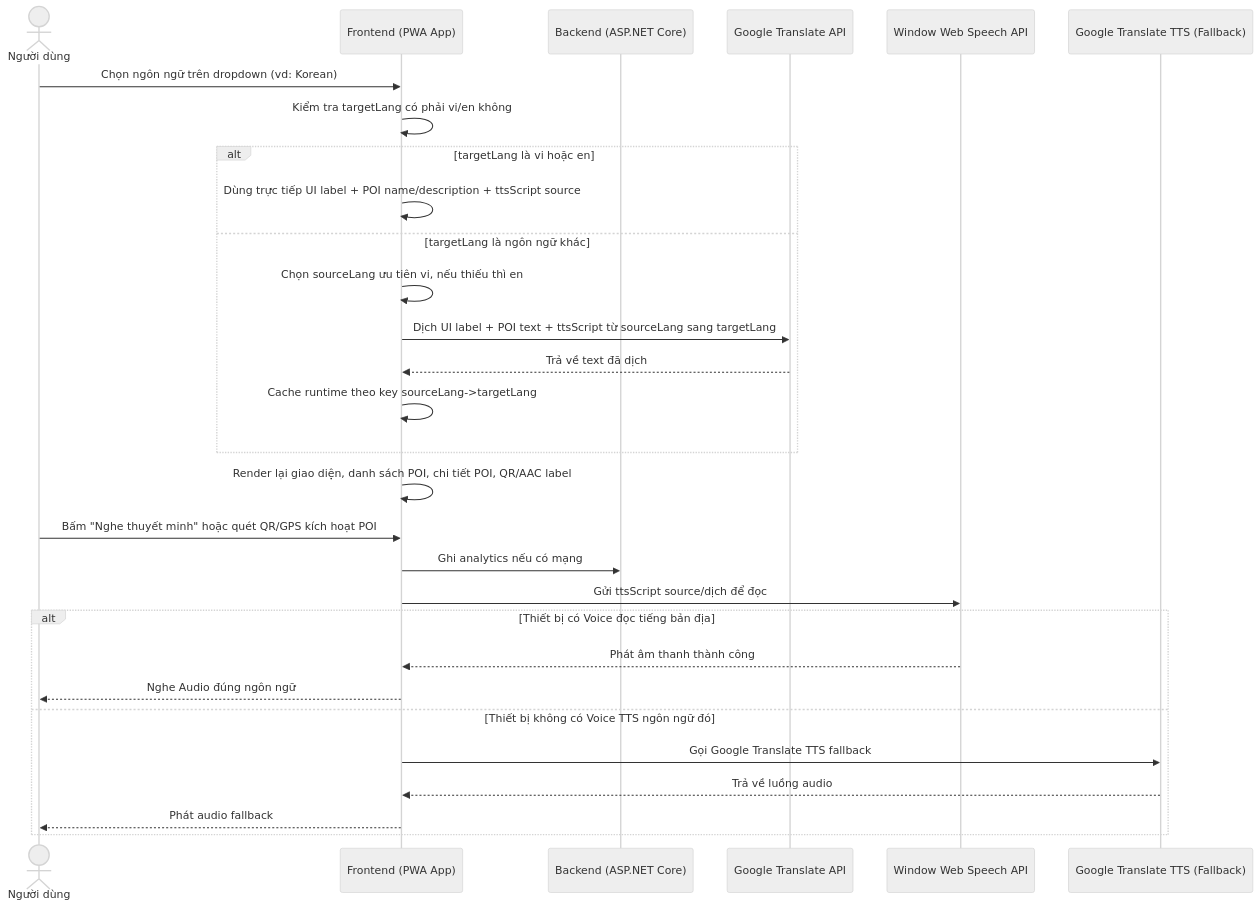
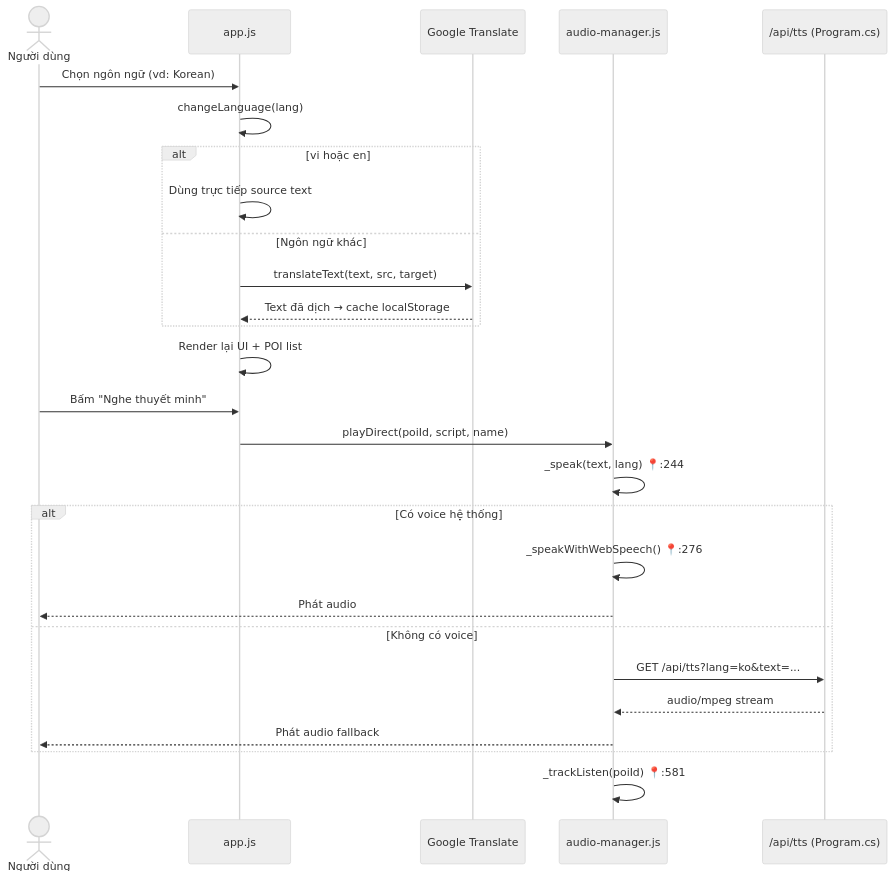
One commit to Hzyl/CShape changed the third of 7 diagrams in PRD_VinhKhanh_Final2.md. Above: the diagram before and after it, drawn with Mermaid (neutral theme). The commit also changed other lines of this file and 3 other files, not shown here.

````diff
--- a/PRD_VinhKhanh_Final2.md
+++ b/PRD_VinhKhanh_Final2.md
@@ -212,35 +223,34 @@
 ```mermaid
 sequenceDiagram
     actor User as Người dùng
-    participant App as Frontend (PWA App)
-    participant API as Backend (ASP.NET Core)
-    participant GTranslate as Google Translate API
-    participant BrowserTTS as Window Web Speech API
-    participant GoogleTTS as Google Translate TTS (Fallback)
+    participant App as app.js
+    participant GTranslate as Google Translate
+    participant TTS as audio-manager.js
+    participant Proxy as /api/tts (Program.cs)
 
-    User->>App: Chọn ngôn ngữ trên dropdown (vd: Korean)
-    App->>App: Kiểm tra targetLang có phải vi/en không
+    User->>App: Chọn ngôn ngữ (vd: Korean)
+    App->>App: changeLanguage(lang)
 
-    alt targetLang là vi hoặc en
-        App->>App: Dùng trực tiếp UI label + POI name/description + ttsScript source
-    else targetLang là ngôn ngữ khác
-        App->>App: Chọn sourceLang ưu tiên vi, nếu thiếu thì en
-        App->>GTranslate: Dịch UI label + POI text + ttsScript từ sourceLang sang targetLang
-        GTranslate-->>App: Trả về text đã dịch
-        App->>App: Cache runtime theo key sourceLang->targetLang
+    alt vi hoặc en
+        App->>App: Dùng trực tiếp source text
+    else Ngôn ngữ khác
+        App->>GTranslate: translateText(text, src, target)
+        GTranslate-->>App: Text đã dịch → cache localStorage
     end
 
-    App->>App: Render lại giao diện, danh sách POI, chi tiết POI, QR/AAC label
-    User->>App: Bấm "Nghe thuyết minh" hoặc quét QR/GPS kích hoạt POI
-    App->>API: Ghi analytics nếu có mạng
-    App->>BrowserTTS: Gửi ttsScript source/dịch để đọc
+    App->>App: Render lại UI + POI list
+    User->>App: Bấm "Nghe thuyết minh"
+    App->>TTS: playDirect(poiId, script, name)
+    TTS->>TTS: _speak(text, lang) 📍:244
 
-    alt Thiết bị có Voice đọc tiếng bản địa
-        BrowserTTS-->>App: Phát âm thanh thành công
-        App-->>User: Nghe Audio đúng ngôn ngữ
-    else Thiết bị không có Voice TTS ngôn ngữ đó
-        App->>GoogleTTS: Gọi Google Translate TTS fallback
-        GoogleTTS-->>App: Trả về luồng audio
-        App-->>User: Phát audio fallback
+    alt Có voice hệ thống
+        TTS->>TTS: _speakWithWebSpeech() 📍:276
+        TTS-->>User: Phát audio
+    else Không có voice
+        TTS->>Proxy: GET /api/tts?lang=ko&text=...
+        Proxy-->>TTS: audio/mpeg stream
+        TTS-->>User: Phát audio fallback
     end
+
+    TTS->>TTS: _trackListen(poiId) 📍:581
 ```
````
